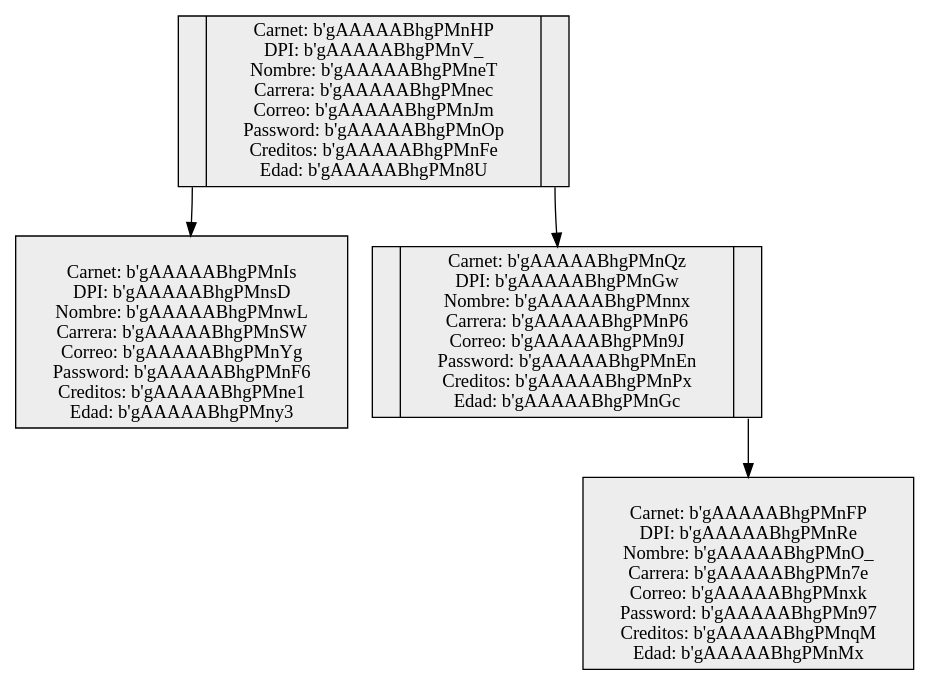
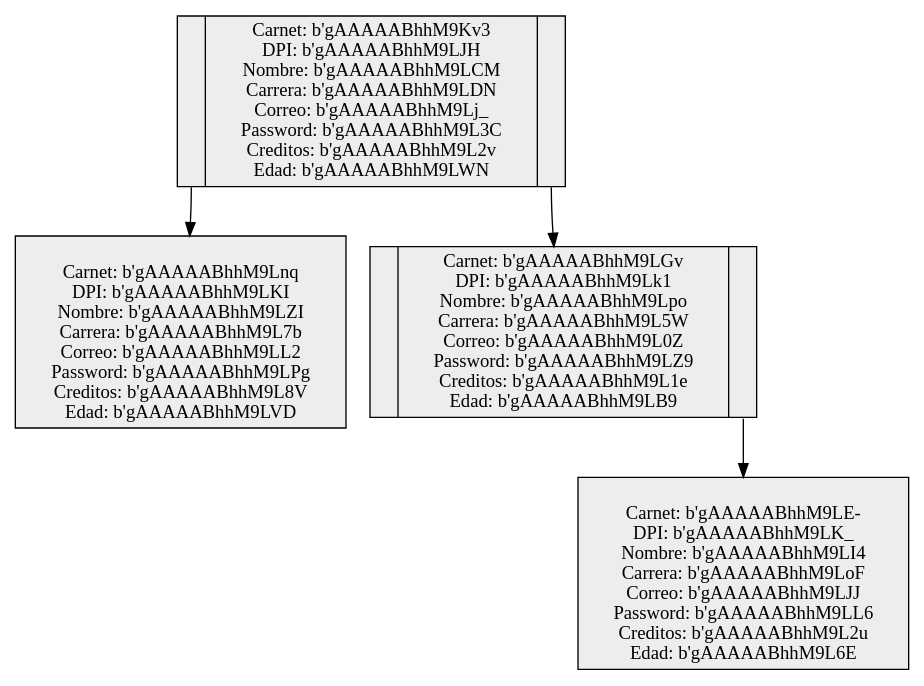
Before and after one commit to BrayanPradoMarroquin/EDD_SmartClass_201801369: the diagram in FASE 2/FRONTEND/front/src/assets/ArbolAVLEncrypt.dot, drawn with Graphviz. The commit also changed 20 other files, not shown here.

```diff
--- a/FASE 2/FRONTEND/front/src/assets/ArbolAVLEncrypt.dot
+++ b/FASE 2/FRONTEND/front/src/assets/ArbolAVLEncrypt.dot
@@ -1,11 +1,11 @@
 digraph G { 
 rankdir=TB; 
 node [shape = record, color=black , style=filled, fillcolor=gray93];
-nodo201822186 [ label ="<C0>| Carnet: b'gAAAAABhgPMnHP\n DPI: b'gAAAAABhgPMnV_\n Nombre: b'gAAAAABhgPMneT\n Carrera: b'gAAAAABhgPMnec\n Correo: b'gAAAAABhgPMnJm\n Password: b'gAAAAABhgPMnOp\n Creditos: b'gAAAAABhgPMnFe\n Edad: b'gAAAAABhgPMn8U|<C1>"];
-nodo201722412[ label="\n Carnet: b'gAAAAABhgPMnIs\n DPI: b'gAAAAABhgPMnsD\n Nombre: b'gAAAAABhgPMnwL\n Carrera: b'gAAAAABhgPMnSW\n Correo: b'gAAAAABhgPMnYg\n Password: b'gAAAAABhgPMnF6\n Creditos: b'gAAAAABhgPMne1\n Edad: b'gAAAAABhgPMny3"]; 
+nodo201822186 [ label ="<C0>| Carnet: b'gAAAAABhhM9Kv3\n DPI: b'gAAAAABhhM9LJH\n Nombre: b'gAAAAABhhM9LCM\n Carrera: b'gAAAAABhhM9LDN\n Correo: b'gAAAAABhhM9Lj_\n Password: b'gAAAAABhhM9L3C\n Creditos: b'gAAAAABhhM9L2v\n Edad: b'gAAAAABhhM9LWN|<C1>"];
+nodo201722412[ label="\n Carnet: b'gAAAAABhhM9Lnq\n DPI: b'gAAAAABhhM9LKI\n Nombre: b'gAAAAABhhM9LZI\n Carrera: b'gAAAAABhhM9L7b\n Correo: b'gAAAAABhhM9LL2\n Password: b'gAAAAABhhM9LPg\n Creditos: b'gAAAAABhhM9L8V\n Edad: b'gAAAAABhhM9LVD"]; 
 nodo201822186:C0->nodo201722412
-nodo20210000003 [ label ="<C0>| Carnet: b'gAAAAABhgPMnQz\n DPI: b'gAAAAABhgPMnGw\n Nombre: b'gAAAAABhgPMnnx\n Carrera: b'gAAAAABhgPMnP6\n Correo: b'gAAAAABhgPMn9J\n Password: b'gAAAAABhgPMnEn\n Creditos: b'gAAAAABhgPMnPx\n Edad: b'gAAAAABhgPMnGc|<C1>"];
-nodo20210000004[ label="\n Carnet: b'gAAAAABhgPMnFP\n DPI: b'gAAAAABhgPMnRe\n Nombre: b'gAAAAABhgPMnO_\n Carrera: b'gAAAAABhgPMn7e\n Correo: b'gAAAAABhgPMnxk\n Password: b'gAAAAABhgPMn97\n Creditos: b'gAAAAABhgPMnqM\n Edad: b'gAAAAABhgPMnMx"]; 
+nodo20210000003 [ label ="<C0>| Carnet: b'gAAAAABhhM9LGv\n DPI: b'gAAAAABhhM9Lk1\n Nombre: b'gAAAAABhhM9Lpo\n Carrera: b'gAAAAABhhM9L5W\n Correo: b'gAAAAABhhM9L0Z\n Password: b'gAAAAABhhM9LZ9\n Creditos: b'gAAAAABhhM9L1e\n Edad: b'gAAAAABhhM9LB9|<C1>"];
+nodo20210000004[ label="\n Carnet: b'gAAAAABhhM9LE-\n DPI: b'gAAAAABhhM9LK_\n Nombre: b'gAAAAABhhM9LI4\n Carrera: b'gAAAAABhhM9LoF\n Correo: b'gAAAAABhhM9LJJ\n Password: b'gAAAAABhhM9LL6\n Creditos: b'gAAAAABhhM9L2u\n Edad: b'gAAAAABhhM9L6E"]; 
 nodo20210000003:C1->nodo20210000004
 nodo201822186:C1->nodo20210000003
 } 
```
